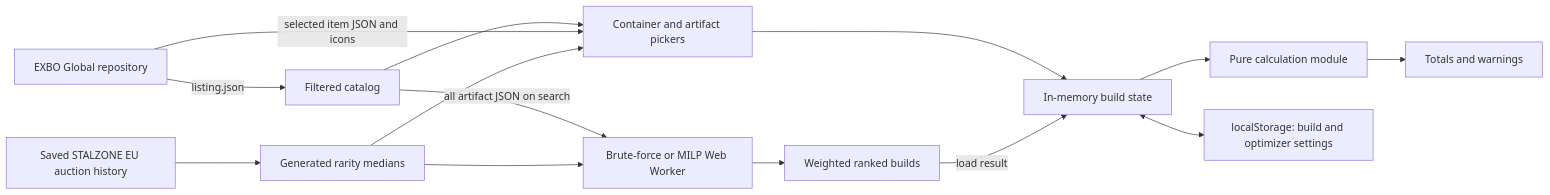
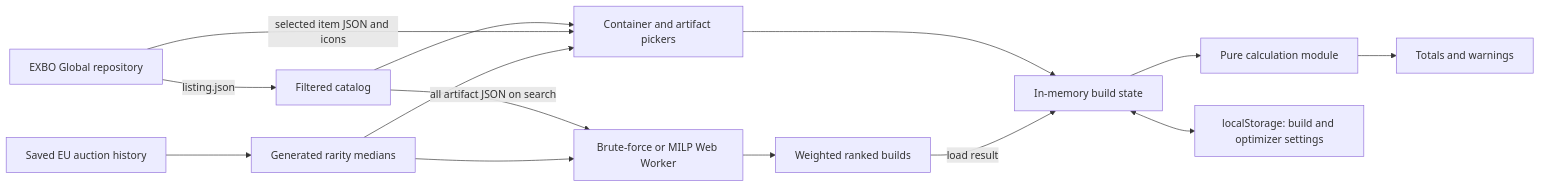
One commit to mzmrk/stalzone-field-kit changed the diagram in docs/architecture.md. Above: the diagram before and after it, drawn with Mermaid. The commit also changed 3 other files, not shown here.

Commit message:
pricing,ui,docs: hide transitional auction provenance (remove provider attribution while retaining snapshot)

````diff
--- a/docs/architecture.md
+++ b/docs/architecture.md
@@ -18,16 +18,16 @@
 ```mermaid
 flowchart LR
     EXBO["EXBO Global repository"] -->|listing.json| Catalog["Filtered catalog"]
-    Snapshot["Saved STALZONE EU auction history"] --> PriceIndex["Generated rarity medians"]
+    Snapshot["Saved EU auction history"] --> PriceIndex["Generated rarity medians"]
     Catalog --> Picker["Container and artifact pickers"]
     EXBO -->|selected item JSON and icons| Picker
     PriceIndex --> Picker
     Picker --> Build["In-memory build state"]
     Build --> Calculator["Pure calculation module"]
     Calculator --> Results["Totals and warnings"]
     Build <--> Storage["localStorage: build and optimizer settings"]
     Catalog -->|all artifact JSON on search| Optimizer["Brute-force or MILP Web Worker"]
     PriceIndex --> Optimizer
     Optimizer --> Ranked["Weighted ranked builds"]
     Ranked -->|load result| Build
 ```
````
